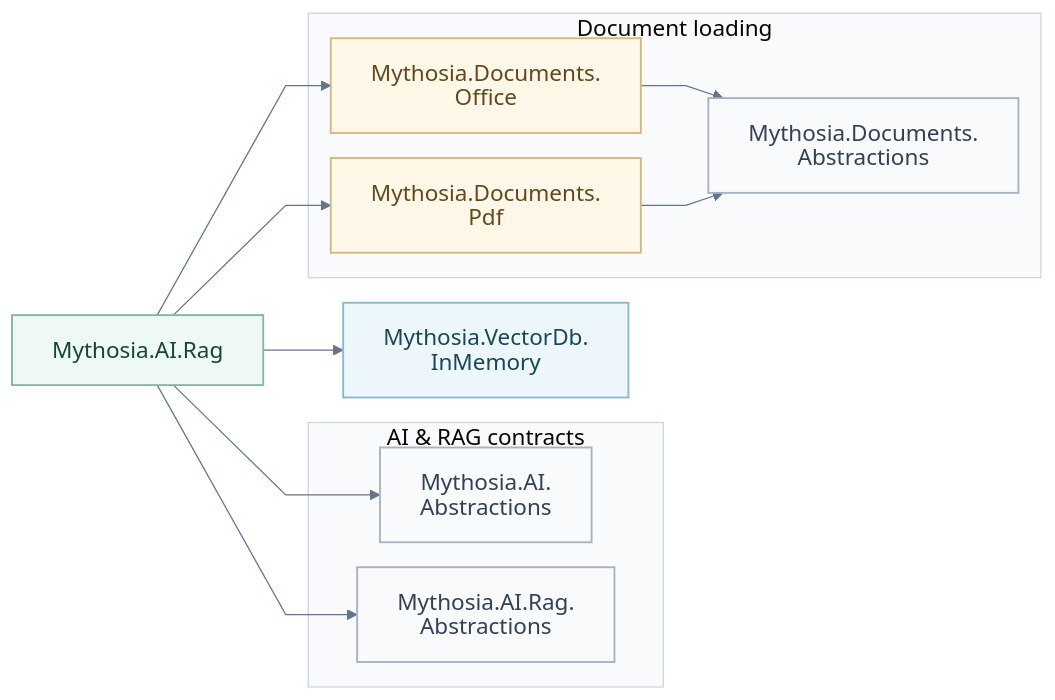
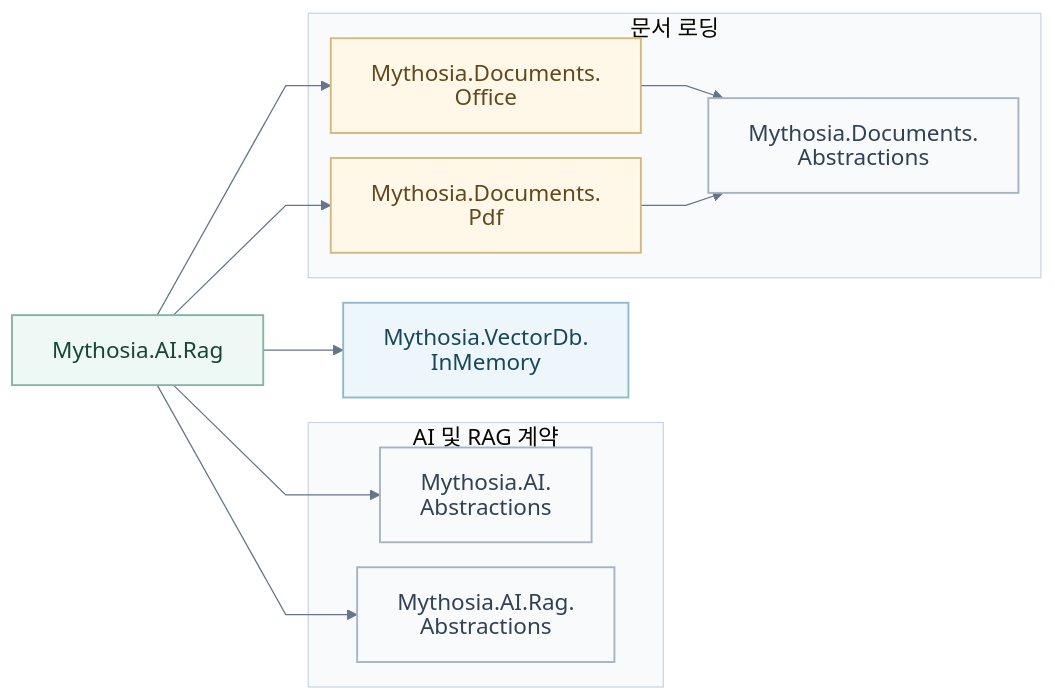
The second of 3 diagrams in docs/ko/README.md (AJ-comp/Mythosia.AI), drawn with Mermaid before and after one commit. The commit also changed other lines of this file and 172 other files, not shown here.

````diff
--- a/docs/ko/README.md
+++ b/docs/ko/README.md
@@ -106,28 +372,28 @@
 ```mermaid
 %%{init: {"theme":"base","look":"classic","htmlLabels":false,"themeVariables":{"fontFamily":"Arial, sans-serif","fontSize":"18px","primaryTextColor":"#172c46","lineColor":"#64748b","clusterBkg":"#f8fafc","clusterBorder":"#cbd5e1"},"flowchart":{"htmlLabels":false,"curve":"linear","nodeSpacing":20,"rankSpacing":36,"padding":16,"wrappingWidth":300},"fontFamily":"Arial, sans-serif","fontSize":18}}%%
 flowchart LR
     Rag["Mythosia.AI.Rag"]:::rag
-    subgraph Contracts["AI & RAG contracts"]
+    subgraph Contracts["AI 및 RAG 계약"]
         AIAbs["Mythosia.AI.<br/>Abstractions"]:::contract
         RagAbs["Mythosia.AI.Rag.<br/>Abstractions"]:::contract
     end
     InMem["Mythosia.VectorDb.<br/>InMemory"]:::store
-    subgraph Documents["Document loading"]
+    subgraph Documents["문서 로딩"]
         Office["Mythosia.Documents.<br/>Office"]:::documents
         Pdf["Mythosia.Documents.<br/>Pdf"]:::documents
         LoaderAbs["Mythosia.Documents.<br/>Abstractions"]:::contract
         Office --> LoaderAbs
         Pdf --> LoaderAbs
     end
     Rag --> AIAbs
     Rag --> RagAbs
     Rag --> InMem
     Rag --> Office
     Rag --> Pdf
     classDef core fill:#eff6ff,stroke:#93b4de,color:#172c46,stroke-width:1.5px
     classDef rag fill:#eef8f5,stroke:#83b4a4,color:#164638,stroke-width:1.5px
     classDef extension fill:#f5f0fc,stroke:#b9a4d4,color:#403054,stroke-width:1.5px
     classDef documents fill:#fff8e9,stroke:#d4b879,color:#61491d,stroke-width:1.5px
     classDef store fill:#edf7fb,stroke:#8dbaca,color:#194758,stroke-width:1.5px
     classDef contract fill:#f8fafc,stroke:#a7b2c2,color:#334155,stroke-width:1.5px
 ```
````
